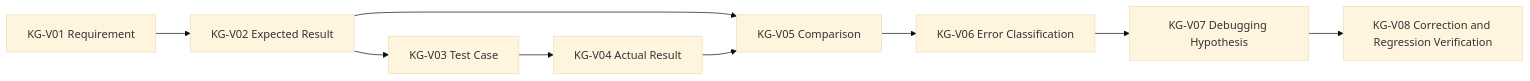
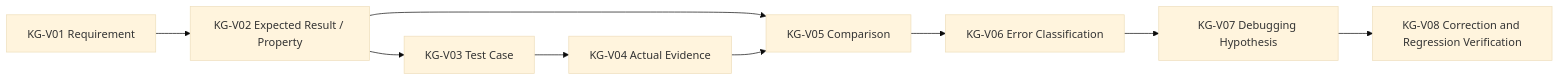
Before and after one commit to inred329/summer_pre_course_2026: the eighth of 9 diagrams in design/04-programming-language-knowledge-graph.en.md, drawn with Mermaid (base theme). The commit also changed other lines of this file and 104 other files, not shown here.

````diff
--- a/design/04-programming-language-knowledge-graph.en.md
+++ b/design/04-programming-language-knowledge-graph.en.md
@@ -237,11 +244,11 @@
 ```mermaid
 flowchart LR
-    V01[KG-V01 Requirement] --> V02[KG-V02 Expected Result]
+    V01[KG-V01 Requirement] --> V02[KG-V02 Expected Result / Property]
     V02 --> V03[KG-V03 Test Case]
-    V03 --> V04[KG-V04 Actual Result]
+    V03 --> V04[KG-V04 Actual Evidence]
     V02 --> V05[KG-V05 Comparison]
     V04 --> V05
     V05 --> V06[KG-V06 Error Classification]
     V06 --> V07[KG-V07 Debugging Hypothesis]
     V07 --> V08[KG-V08 Correction and Regression Verification]
 ```
````
